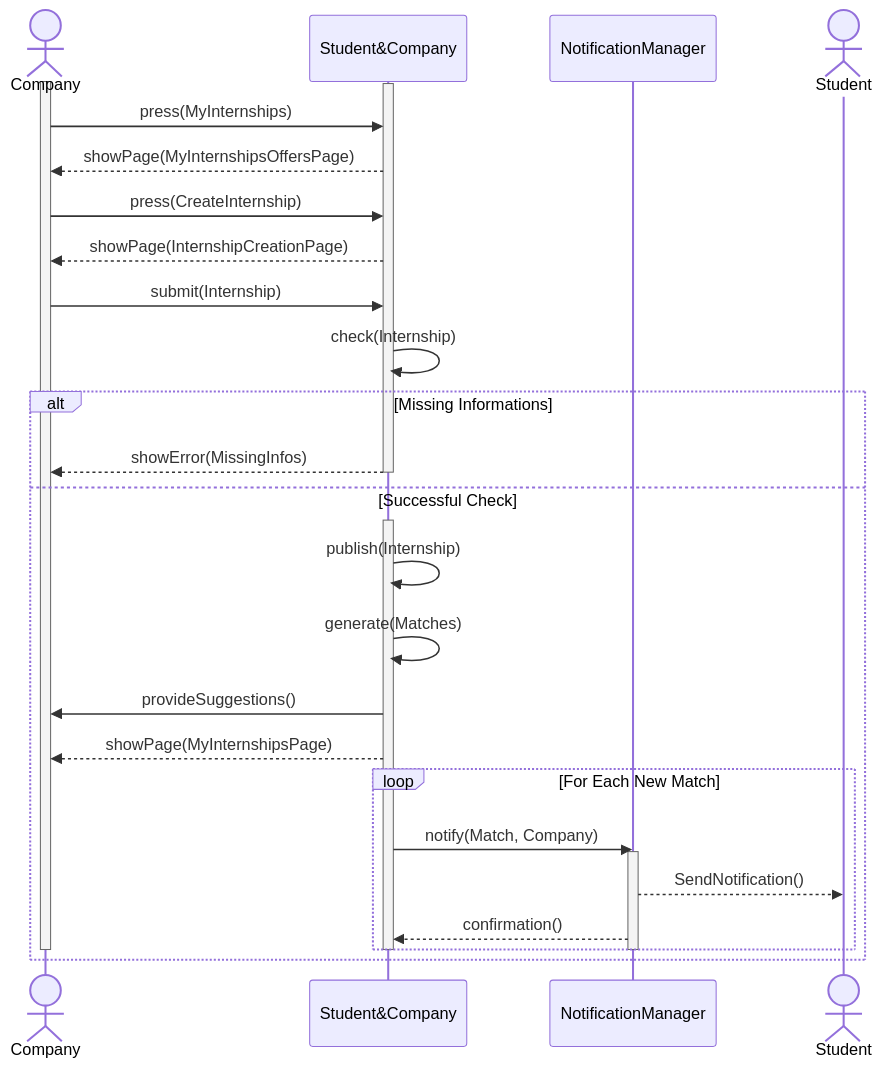
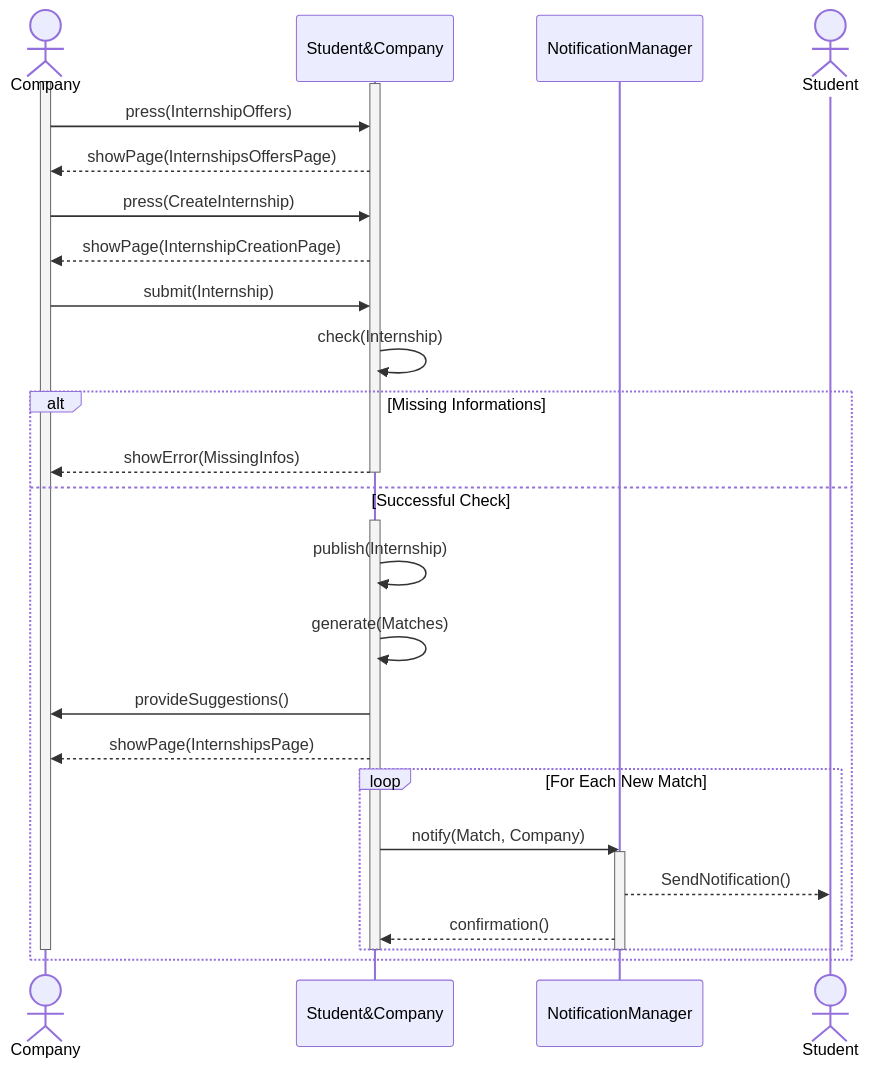
The sixth of 14 diagrams in Diagrams/SequenceDiagrams/SequenceDiagrams.md (Slaitroc/RicciPaoliGrisoni), drawn with Mermaid before and after one commit. The commit also changed other lines of this file and 3 other files, not shown here.

Commit message:
sequences refactor (MyRecommendation to RecommendationOffers)

````diff
--- a/Diagrams/SequenceDiagrams/SequenceDiagrams.md
+++ b/Diagrams/SequenceDiagrams/SequenceDiagrams.md
@@ -204,34 +204,34 @@
 ```mermaid
 sequenceDiagram
     actor Company
     participant Student&Company
     participant NotificationManager
     actor Student
     activate Company
     activate Student&Company
-    Company ->> Student&Company: press(MyInternships)
-    Student&Company -->> Company: showPage(MyInternshipsOffersPage)
+    Company ->> Student&Company: press(InternshipOffers)
+    Student&Company -->> Company: showPage(InternshipsOffersPage)
     Company ->> Student&Company: press(CreateInternship)
     Student&Company -->> Company: showPage(InternshipCreationPage)
     Company ->> Student&Company: submit(Internship)
     Student&Company ->> Student&Company: check(Internship)
     alt Missing Informations
         Student&Company -->> Company: showError(MissingInfos)
         deactivate Student&Company
     else Successful Check
         activate Student&Company
         Student&Company ->> Student&Company: publish(Internship)
         Student&Company ->> Student&Company: generate(Matches)
         Student&Company ->> Company: provideSuggestions()
-        Student&Company -->> Company: showPage(MyInternshipsPage)
+        Student&Company -->> Company: showPage(InternshipsPage)
         loop For Each New Match
         Student&Company ->> NotificationManager: notify(Match, Company)
         activate NotificationManager
         NotificationManager -->> Student: SendNotification()
         NotificationManager -->> Student&Company: confirmation()
         end
         deactivate NotificationManager
         deactivate Student&Company
         deactivate Company
     end
 ```
````
